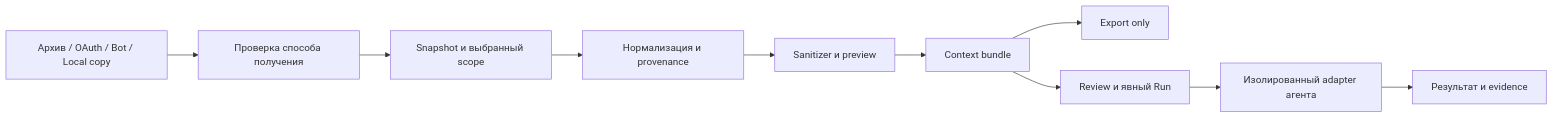
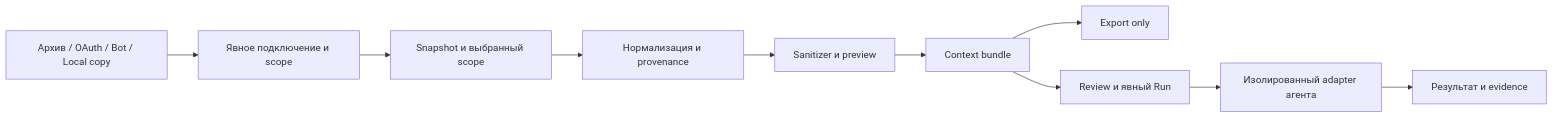
One commit to Roflochinsky/tgsum changed the diagram in docs/specs/context-gateway.md. Above: the diagram before and after it, drawn with Mermaid. The commit also changed other lines of this file and 11 other files, not shown here.

````diff
--- a/docs/specs/context-gateway.md
+++ b/docs/specs/context-gateway.md
@@ -20,12 +22,12 @@
 ```mermaid
 flowchart LR
-    A[Архив / OAuth / Bot / Local copy] --> B[Проверка способа получения]
+    A[Архив / OAuth / Bot / Local copy] --> B[Явное подключение и scope]
     B --> C[Snapshot и выбранный scope]
     C --> D[Нормализация и provenance]
     D --> E[Sanitizer и preview]
     E --> F[Context bundle]
     F --> G[Export only]
     F --> H[Review и явный Run]
     H --> I[Изолированный adapter агента]
     I --> J[Результат и evidence]
 ```
````
